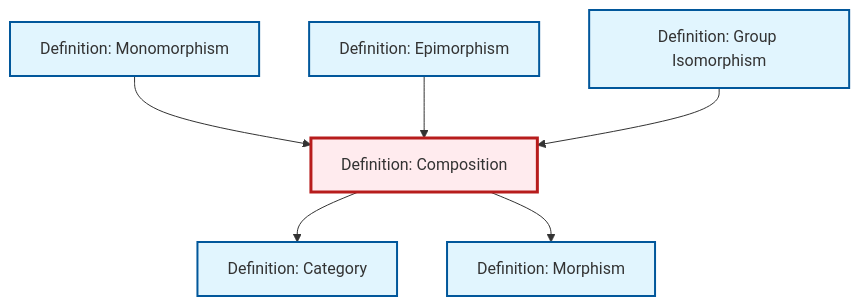
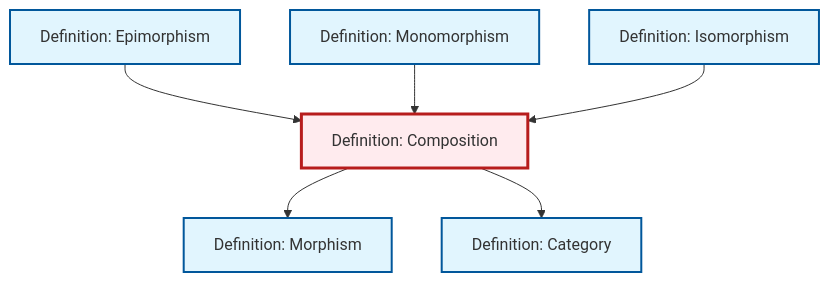
One commit to RK0429/ModernMath changed the diagram in content/en/category-theory/def-composition.qmd. Above: the diagram before and after it, drawn with Mermaid. The commit also changed 1069 other files, not shown here.

````diff
--- a/content/en/category-theory/def-composition.qmd
+++ b/content/en/category-theory/def-composition.qmd
@@ -92,26 +92,26 @@
 ```{mermaid}
 %%| fig-cap: "Local dependency graph"
 graph TD
     classDef definition fill:#e1f5fe,stroke:#01579b,stroke-width:2px
     classDef theorem fill:#f3e5f5,stroke:#4a148c,stroke-width:2px
     classDef axiom fill:#fff3e0,stroke:#e65100,stroke-width:2px
     classDef example fill:#e8f5e9,stroke:#1b5e20,stroke-width:2px
     classDef current fill:#ffebee,stroke:#b71c1c,stroke-width:3px
-    def-isomorphism["Definition: Group Isomorphism"]:::definition
+    def-monomorphism["Definition: Monomorphism"]:::definition
+    def-category["Definition: Category"]:::definition
     def-epimorphism["Definition: Epimorphism"]:::definition
-    def-category["Definition: Category"]:::definition
+    def-isomorphism["Definition: Isomorphism"]:::definition
+    def-composition["Definition: Composition"]:::definition
     def-morphism["Definition: Morphism"]:::definition
-    def-composition["Definition: Composition"]:::definition
-    def-monomorphism["Definition: Monomorphism"]:::definition
+    def-epimorphism --> def-composition
+    def-composition --> def-morphism
     def-composition --> def-category
     def-monomorphism --> def-composition
-    def-epimorphism --> def-composition
-    def-composition --> def-morphism
     def-isomorphism --> def-composition
     class def-composition current
-    click def-isomorphism "def-isomorphism.html" "Go to Group Isomorphism definition"
+    click def-monomorphism "def-monomorphism.html" "Go to Monomorphism definition"
+    click def-category "def-category.html" "Go to Category definition"
     click def-epimorphism "def-epimorphism.html" "Go to Epimorphism definition"
-    click def-category "def-category.html" "Go to Category definition"
+    click def-isomorphism "def-isomorphism.html" "Go to Isomorphism definition"
     click def-morphism "def-morphism.html" "Go to Morphism definition"
-    click def-monomorphism "def-monomorphism.html" "Go to Monomorphism definition"
 ```
````
